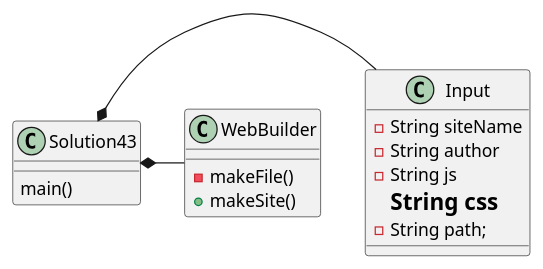
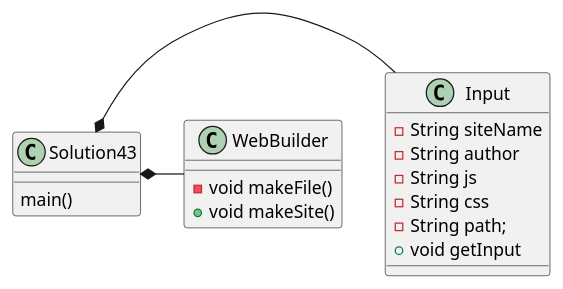
One commit to cristiamenciso/enciso-a04 changed the diagram in exercise43/docs/Solution43plant.puml. Above: the diagram before and after it, drawn with PlantUML. The commit also changed 5 other files, not shown here.

```diff
--- a/exercise43/docs/Solution43plant.puml
+++ b/exercise43/docs/Solution43plant.puml
@@ -1,22 +1,23 @@
 @startuml
 'https://plantuml.com/class-diagram
 Solution43 *- Input
 Solution43 *- WebBuilder
 
 class Solution43 {
 main()
 }
 
 class Input {
 -String siteName
 -String author
 -String js
-=String css
+-String css
 -String path;
++void getInput
 }
 class WebBuilder {
--makeFile()
-+makeSite()
+-void makeFile()
++void makeSite()
 }
 
 @enduml
```
